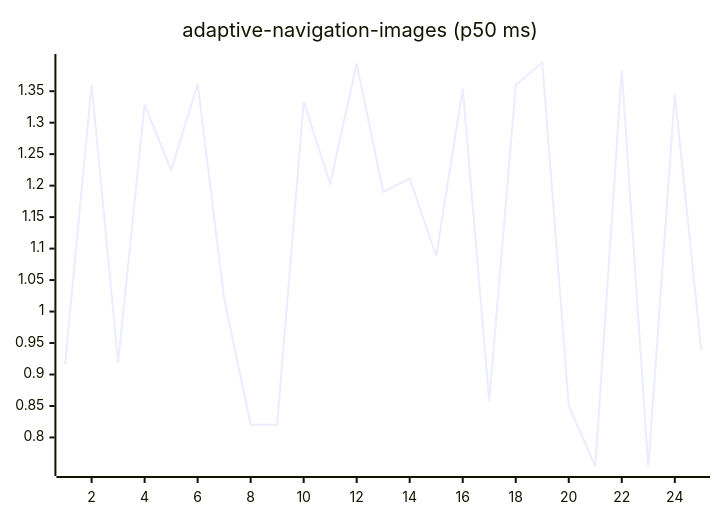
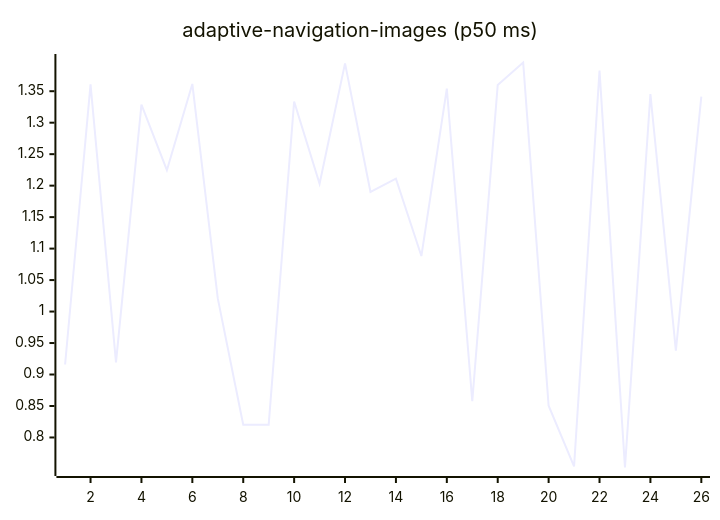
One commit to josha/Facet changed the first of 27 diagrams in README.md. Above: the diagram before and after it, drawn with Mermaid. The commit also changed other lines of this file and 2 other files, not shown here.

````diff
--- a/README.md
+++ b/README.md
@@ -63,6 +63,6 @@
 ```mermaid
 xychart-beta
     title "adaptive-navigation-images (p50 ms)"
-    x-axis 1 --> 25
-    line [0.9159, 1.3609, 0.9193, 1.3288, 1.2245, 1.3615, 1.0208, 0.8202, 0.8203, 1.3336, 1.2030, 1.3942, 1.1900, 1.2110, 1.0882, 1.3541, 0.8576, 1.3599, 1.3956, 0.8504, 0.7540, 1.3829, 0.7523, 1.3455, 0.9380]
+    x-axis 1 --> 26
+    line [0.9159, 1.3609, 0.9193, 1.3288, 1.2245, 1.3615, 1.0208, 0.8202, 0.8203, 1.3336, 1.2030, 1.3942, 1.1900, 1.2110, 1.0882, 1.3541, 0.8576, 1.3599, 1.3956, 0.8504, 0.7540, 1.3829, 0.7523, 1.3455, 0.9380, 1.3415]
 ```
````
